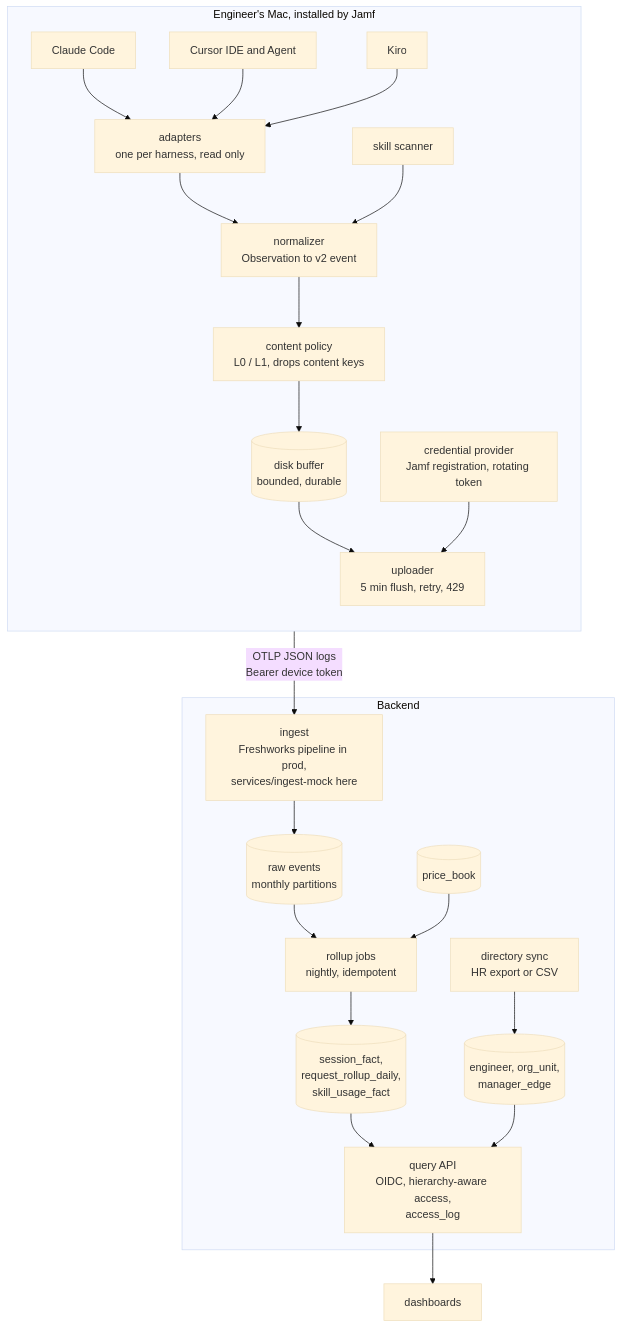
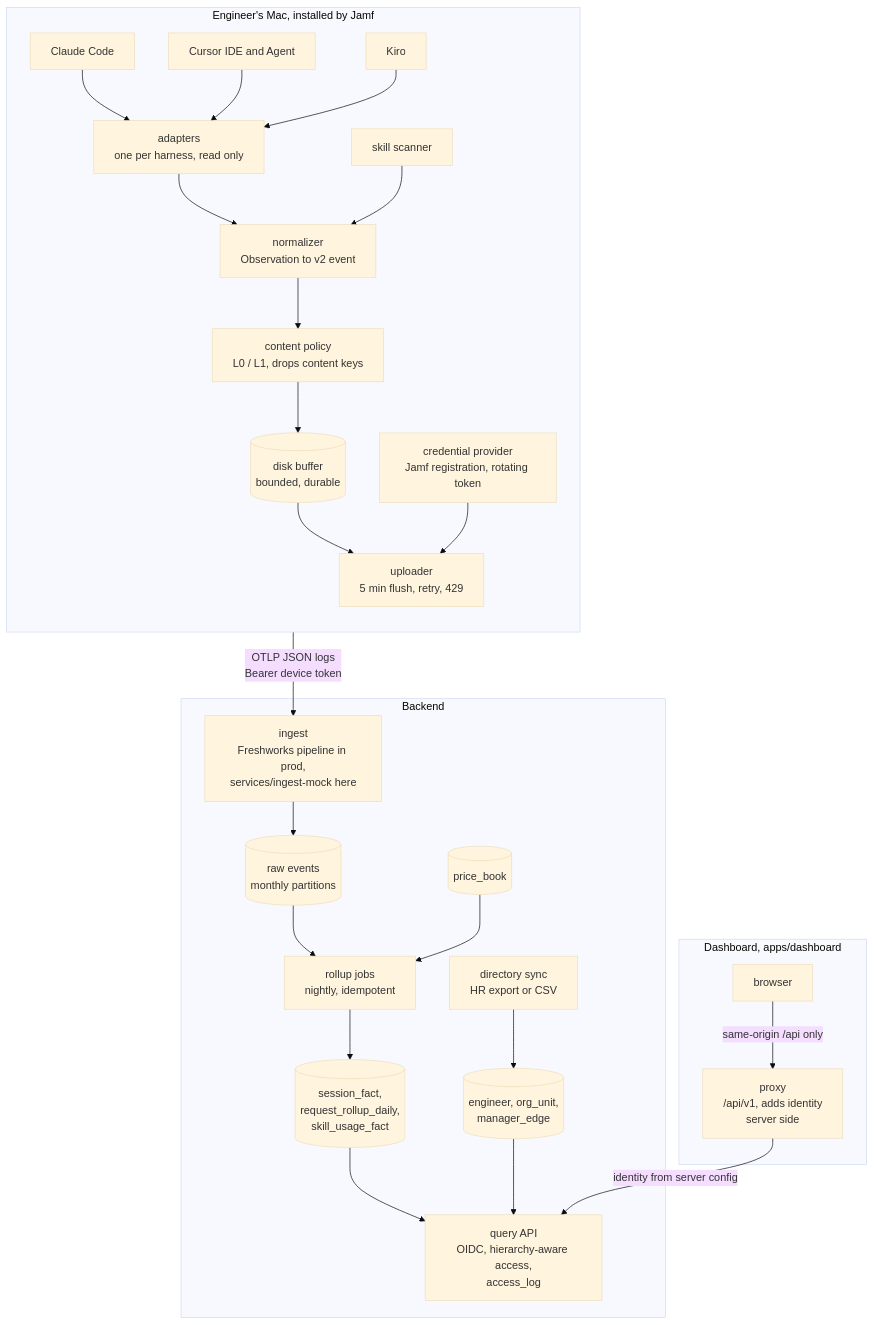
Before and after one commit to Generative-AI-at-Berkeley/freshworks: the diagram in docs/architecture.md, drawn with Mermaid (base theme). The commit also changed other lines of this file and 37 other files, not shown here.

````diff
--- a/docs/architecture.md
+++ b/docs/architecture.md
@@ -13,25 +13,29 @@
 ```mermaid
 flowchart TB
   subgraph mac[Engineer's Mac, installed by Jamf]
     direction TB
     CC[Claude Code] & CU[Cursor IDE and Agent] & KI[Kiro] --> AD
     AD[adapters<br/>one per harness, read only] --> NO[normalizer<br/>Observation to v2 event]
     NO --> PO[content policy<br/>L0 / L1, drops content keys]
     PO --> BU[(disk buffer<br/>bounded, durable)]
     BU --> UP[uploader<br/>5 min flush, retry, 429]
     SK[skill scanner] --> NO
     CR[credential provider<br/>Jamf registration, rotating token] --> UP
   end
 
   UP -- "OTLP JSON logs<br/>Bearer device token" --> IN
 
   subgraph backend[Backend]
     IN[ingest<br/>Freshworks pipeline in prod,<br/>services/ingest-mock here] --> RAW[(raw events<br/>monthly partitions)]
     DIR[directory sync<br/>HR export or CSV] --> ORG[(engineer, org_unit,<br/>manager_edge)]
     RAW --> JOB[rollup jobs<br/>nightly, idempotent] --> AGG[(session_fact,<br/>request_rollup_daily,<br/>skill_usage_fact)]
     PB[(price_book)] --> JOB
     AGG & ORG --> API[query API<br/>OIDC, hierarchy-aware access,<br/>access_log]
   end
 
-  API --> DASH[dashboards]
+  subgraph dash[Dashboard, apps/dashboard]
+    BR[browser] -- "same-origin /api only" --> PX[proxy<br/>/api/v1, adds identity<br/>server side]
+  end
+
+  PX -- "identity from server config" --> API
 ```
````
